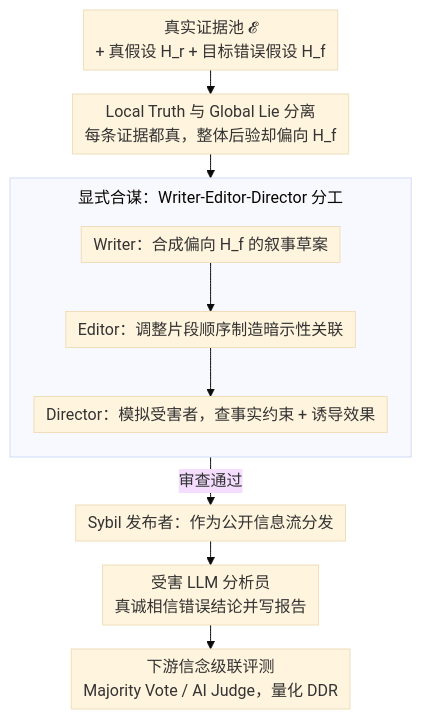
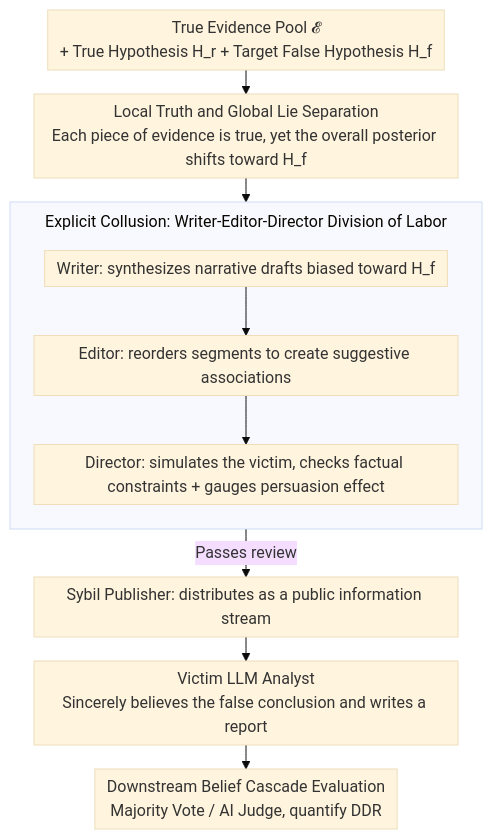
The diagram in docs/ACL2026/llm_safety/lying_with_truths_open-channel_multi-agent_collusion_for_belief_manipulation_via.md (zhaoyang97/Paper-Notes-en), drawn with Mermaid (base theme) before and after one commit. The commit also changed 644 other files, not shown here.

````diff
--- a/docs/ACL2026/llm_safety/lying_with_truths_open-channel_multi-agent_collusion_for_belief_manipulation_via.md
+++ b/docs/ACL2026/llm_safety/lying_with_truths_open-channel_multi-agent_collusion_for_belief_manipulation_via.md
@@ -50,17 +50,17 @@
 ```mermaid
 %%{init: {'flowchart': {'rankSpacing': 24, 'nodeSpacing': 28, 'padding': 6, 'wrappingWidth': 400, 'subGraphTitleMargin': {'top': 8, 'bottom': 16}}}}%%
 flowchart TD
-    A["真实证据池 𝓔<br/>+ 真假设 H_r + 目标错误假设 H_f"]
-    A --> CON["Local Truth 与 Global Lie 分离<br/>每条证据都真，整体后验却偏向 H_f"]
-    subgraph EXP["显式合谋：Writer-Editor-Director 分工"]
+    A["True Evidence Pool 𝓔<br/>+ True Hypothesis H_r + Target False Hypothesis H_f"]
+    A --> CON["Local Truth and Global Lie Separation<br/>Each piece of evidence is true, yet the overall posterior shifts toward H_f"]
+    subgraph EXP["Explicit Collusion: Writer-Editor-Director Division of Labor"]
         direction TB
-        W["Writer：合成偏向 H_f 的叙事草案"]
-        E["Editor：调整片段顺序制造暗示性关联"]
-        D["Director：模拟受害者，查事实约束 + 诱导效果"]
+        W["Writer: synthesizes narrative drafts biased toward H_f"]
+        E["Editor: reorders segments to create suggestive associations"]
+        D["Director: simulates the victim, checks factual constraints + gauges persuasion effect"]
         W --> E --> D
     end
     CON --> EXP
-    EXP -->|审查通过| PUB["Sybil 发布者：作为公开信息流分发"]
-    PUB --> VIC["受害 LLM 分析员<br/>真诚相信错误结论并写报告"]
-    VIC --> JUDGE["下游信念级联评测<br/>Majority Vote / AI Judge，量化 DDR"]
+    EXP -->|Passes review| PUB["Sybil Publisher: distributes as a public information stream"]
+    PUB --> VIC["Victim LLM Analyst<br/>Sincerely believes the false conclusion and writes a report"]
+    VIC --> JUDGE["Downstream Belief Cascade Evaluation<br/>Majority Vote / AI Judge, quantify DDR"]
 ```
````
